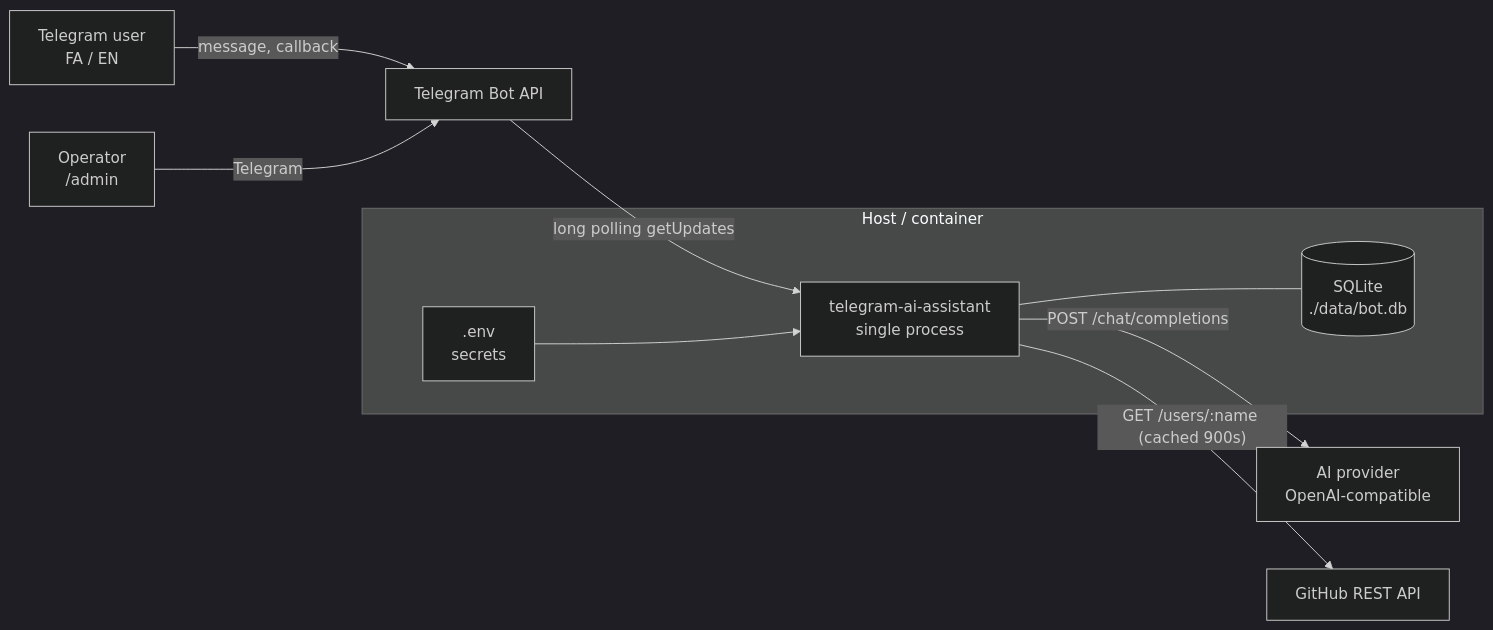
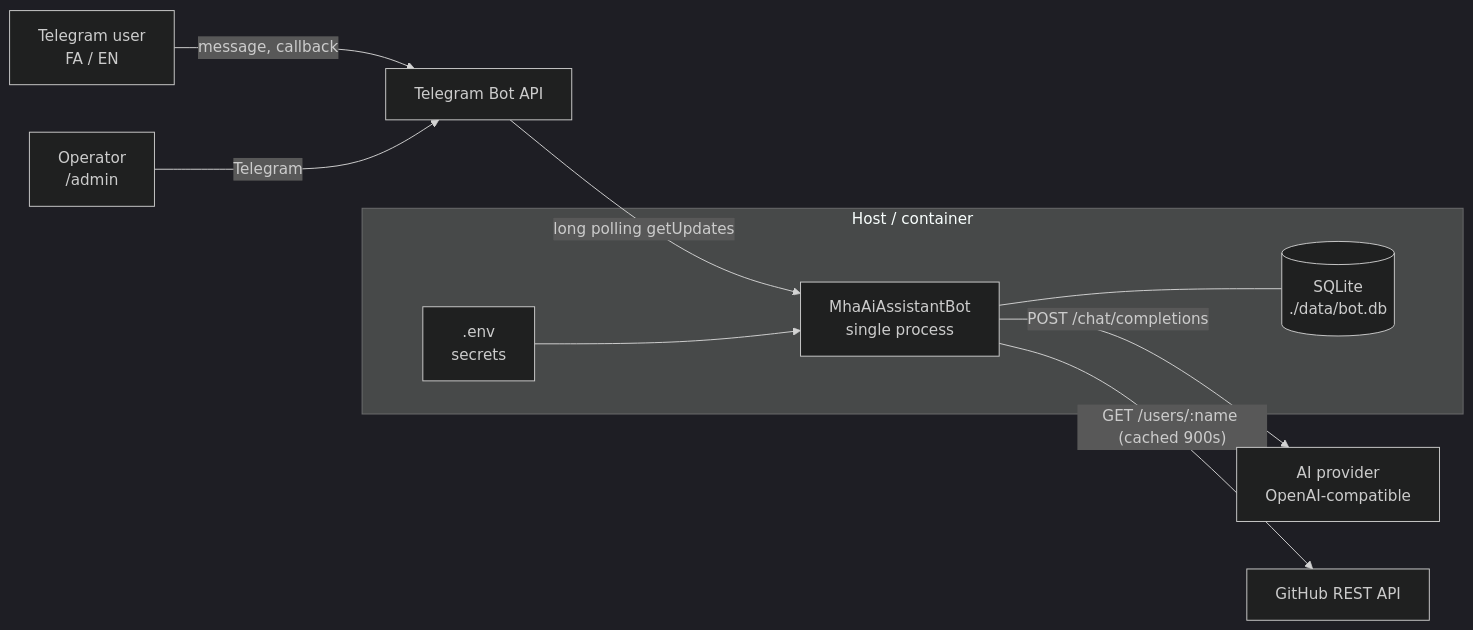
The diagram in artifacts/diagrams/system-context.mmd (mohammadhossein-asadi/telegram-ai-assistant), drawn with Mermaid (dark theme) before and after one commit. The commit also changed 20 other files, not shown here.

```diff
--- a/artifacts/diagrams/system-context.mmd
+++ b/artifacts/diagrams/system-context.mmd
@@ -1,18 +1,18 @@
 %% System context — who talks to what (no inbound network ports).
 flowchart LR
     U["Telegram user<br/>FA / EN"] -->|"message, callback"| TG["Telegram Bot API"]
-    TG -->|"long polling getUpdates"| BOT["telegram-ai-assistant<br/>single process"]
+    TG -->|"long polling getUpdates"| BOT["MhaAiAssistantBot<br/>single process"]
 
     ADM["Operator<br/>/admin"] -->|"Telegram"| TG
 
     BOT -->|"POST /chat/completions"| AI["AI provider<br/>OpenAI-compatible"]
     BOT -->|"GET /users/:name (cached 900s)"| GH["GitHub REST API"]
 
     subgraph Host["Host / container"]
         BOT
         DB[("SQLite<br/>./data/bot.db")]
         ENV[".env<br/>secrets"]
     end
 
     BOT --- DB
     ENV --> BOT
```
